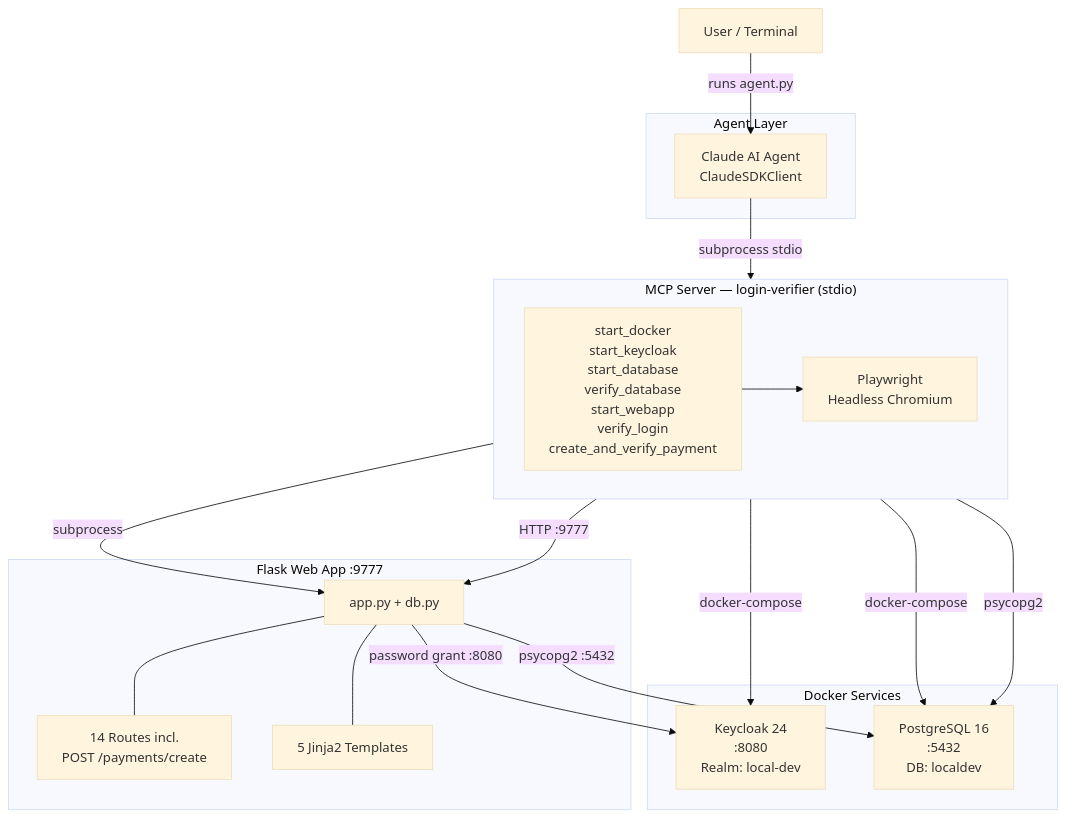
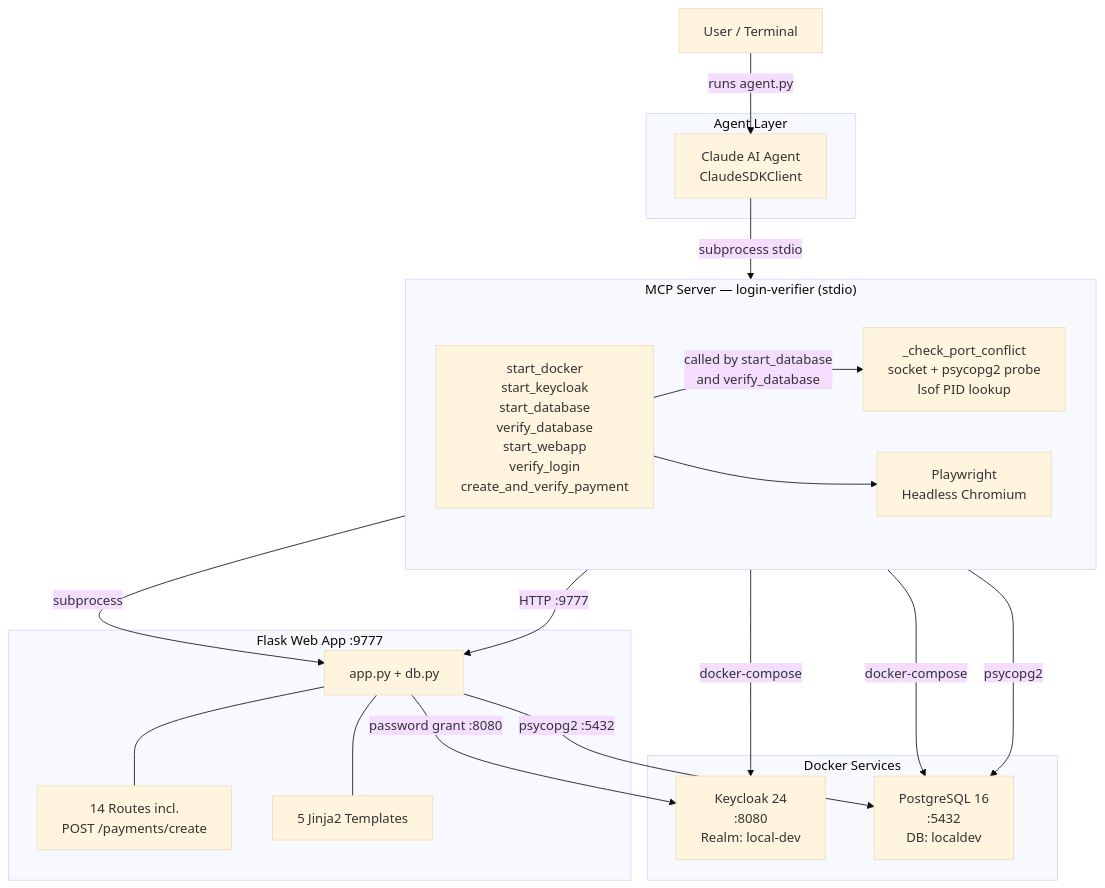
One commit to tanmaypatil/agent-local-env changed the diagram in ARCHITECTURE.md. Above: the diagram before and after it, drawn with Mermaid (base theme). The commit also changed other lines of this file and 3 other files, not shown here.

````diff
--- a/ARCHITECTURE.md
+++ b/ARCHITECTURE.md
@@ -8,38 +8,40 @@
 ```mermaid
 graph TB
     User["User / Terminal"]
 
     subgraph Agent["Agent Layer"]
         AgentPy["Claude AI Agent<br/>ClaudeSDKClient"]
     end
 
     subgraph MCP["MCP Server — login-verifier (stdio)"]
         direction LR
         MCPTools["start_docker<br/>start_keycloak<br/>start_database<br/>verify_database<br/>start_webapp<br/>verify_login<br/>create_and_verify_payment"]
+        PortCheck["_check_port_conflict<br/>socket + psycopg2 probe<br/>lsof PID lookup"]
         Playwright["Playwright<br/>Headless Chromium"]
+        MCPTools -->|called by start_database<br/>and verify_database| PortCheck
     end
 
     subgraph Flask["Flask Web App :9777"]
         AppPy["app.py + db.py"]
         Routes["14 Routes incl.<br/>POST /payments/create"]
         Templates["5 Jinja2 Templates"]
         AppPy --- Routes
         AppPy --- Templates
     end
 
     subgraph Docker["Docker Services"]
         Keycloak["Keycloak 24<br/>:8080<br/>Realm: local-dev"]
         Postgres["PostgreSQL 16<br/>:5432<br/>DB: localdev"]
     end
 
     User -->|runs agent.py| AgentPy
     AgentPy -->|subprocess stdio| MCPTools
     MCPTools -->|docker-compose| Keycloak
     MCPTools -->|docker-compose| Postgres
     MCPTools -->|subprocess| AppPy
     MCPTools --> Playwright
     Playwright -->|HTTP :9777| AppPy
     MCPTools -->|psycopg2| Postgres
     AppPy -->|password grant :8080| Keycloak
     AppPy -->|psycopg2 :5432| Postgres
 ```
````
